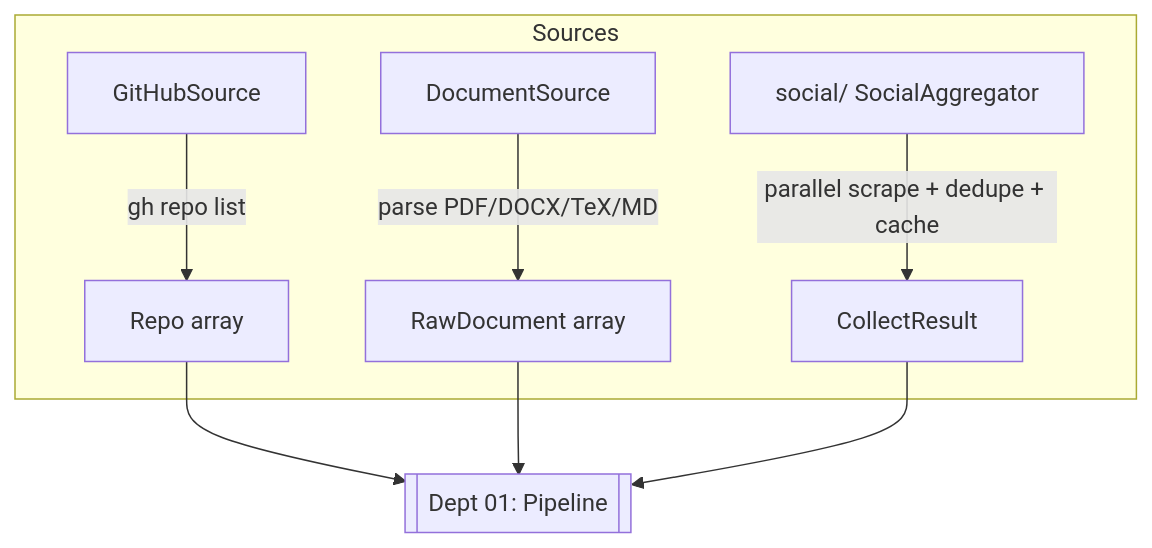
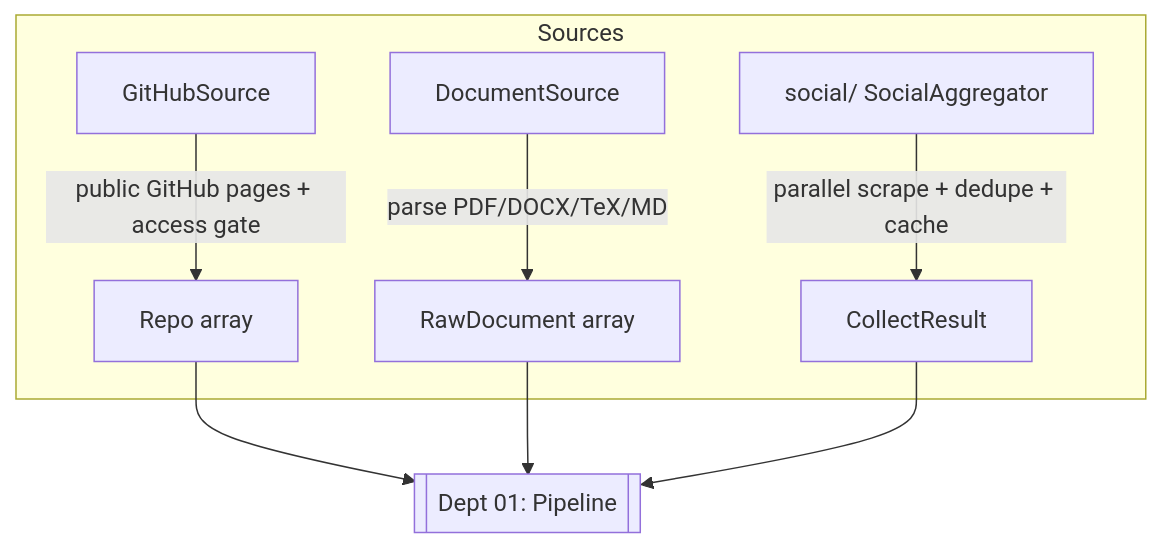
One commit to PyTorch-FEU-Tech-Chapter/pytorch-fit-system changed the diagram in src/resume_builder/sources/README.md. Above: the diagram before and after it, drawn with Mermaid. The commit also changed other lines of this file and 22 other files, not shown here.

````diff
--- a/src/resume_builder/sources/README.md
+++ b/src/resume_builder/sources/README.md
@@ -23,11 +28,11 @@
 ```mermaid
 flowchart TD
     subgraph Sources
-      GH[GitHubSource] -->|gh repo list| R[Repo array]
+      GH[GitHubSource] -->|public GitHub pages + access gate| R[Repo array]
       DOC[DocumentSource] -->|parse PDF/DOCX/TeX/MD| D[RawDocument array]
       SOC[social/ SocialAggregator] -->|parallel scrape + dedupe + cache| C[CollectResult]
     end
     R --> P[[Dept 01: Pipeline]]
     D --> P
     C --> P
 ```
````
